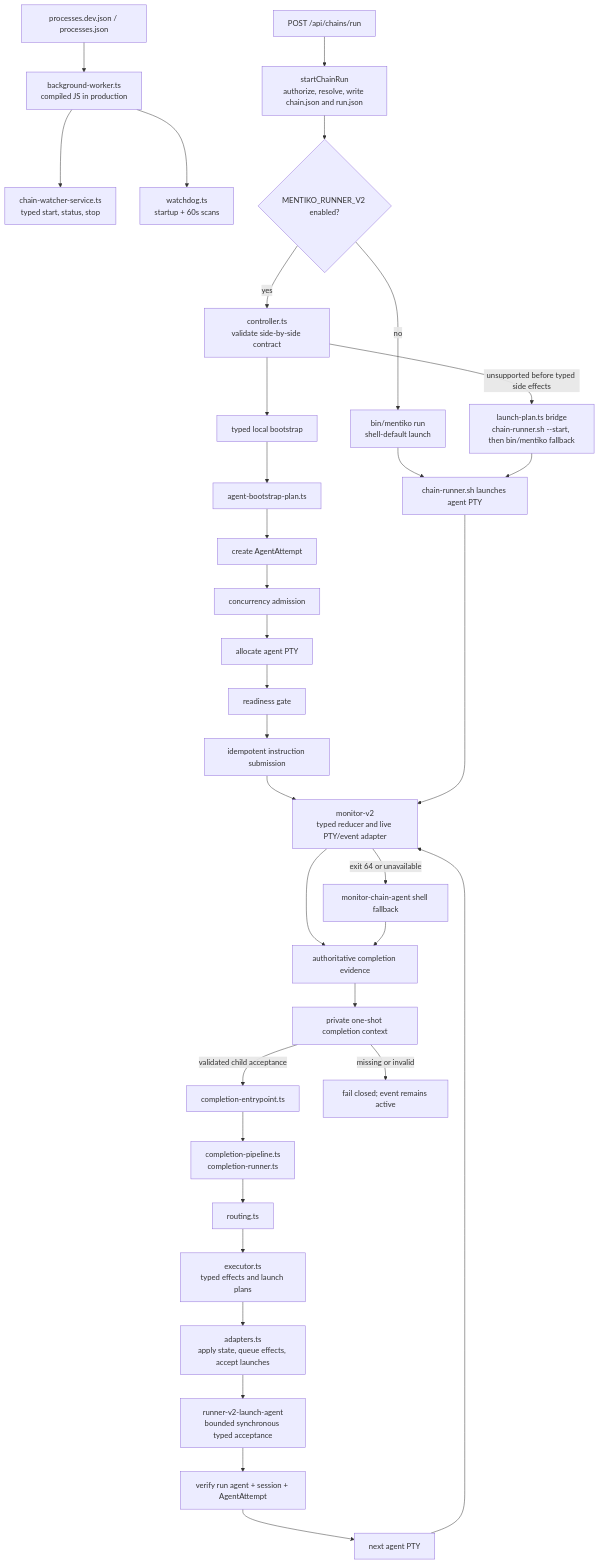
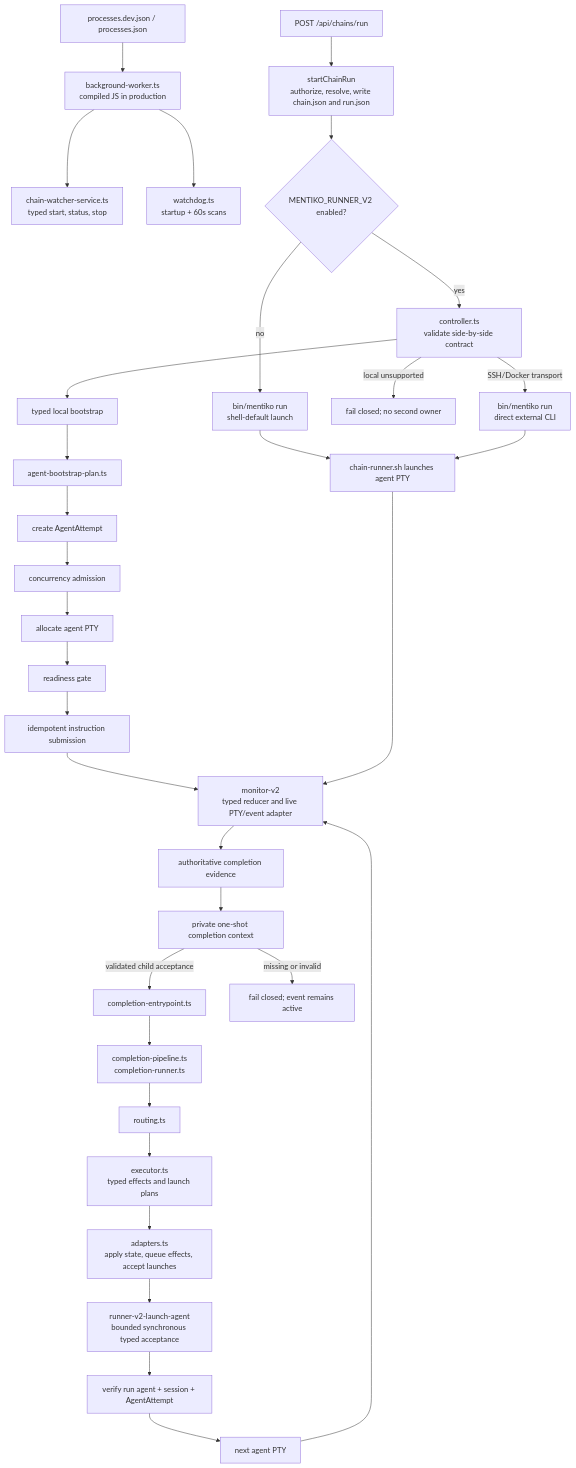
Before and after one commit to kollaborai/mentiko: the first of 2 diagrams in docs/RUNNER_V2_ARCHITECTURE.md, drawn with Mermaid. The commit also changed other lines of this file and 79 other files, not shown here.

Commit message:
runner-v2: type contract boundaries and close shell fallbacks

````diff
--- a/docs/RUNNER_V2_ARCHITECTURE.md
+++ b/docs/RUNNER_V2_ARCHITECTURE.md
@@ -46,42 +46,41 @@
 ```mermaid
 flowchart TD
     PROCESSES["processes.dev.json / processes.json"] --> WORKER["background-worker.ts<br/>compiled JS in production"]
     WORKER --> WATCHER["chain-watcher-service.ts<br/>typed start, status, stop"]
     WORKER --> WATCHDOG["watchdog.ts<br/>startup + 60s scans"]
 
     HTTP["POST /api/chains/run"] --> SERVICE["startChainRun<br/>authorize, resolve, write chain.json and run.json"]
     SERVICE --> GATE{"MENTIKO_RUNNER_V2 enabled?"}
 
     GATE -->|no| SHELL0["bin/mentiko run<br/>shell-default launch"]
     GATE -->|yes| CONTROLLER["controller.ts<br/>validate side-by-side contract"]
     CONTROLLER --> BOOTSTRAP["typed local bootstrap"]
     BOOTSTRAP --> PLAN["agent-bootstrap-plan.ts"]
     PLAN --> ATTEMPT["create AgentAttempt"]
     ATTEMPT --> ADMISSION["concurrency admission"]
     ADMISSION --> PTY["allocate agent PTY"]
     PTY --> READY["readiness gate"]
     READY --> SUBMIT["idempotent instruction submission"]
 
-    CONTROLLER -->|unsupported before typed side effects| BRIDGE0["launch-plan.ts bridge<br/>chain-runner.sh --start, then bin/mentiko fallback"]
+    CONTROLLER -->|local unsupported| CLOSE0["fail closed; no second owner"]
+    CONTROLLER -->|SSH/Docker transport| EXTERNAL0["bin/mentiko run<br/>direct external CLI"]
     SHELL0 --> SHELLAGENT["chain-runner.sh launches agent PTY"]
-    BRIDGE0 --> SHELLAGENT
+    EXTERNAL0 --> SHELLAGENT
 
     SUBMIT --> MONITOR["monitor-v2<br/>typed reducer and live PTY/event adapter"]
     SHELLAGENT --> MONITOR
-    MONITOR -->|exit 64 or unavailable| SHELLMONITOR["monitor-chain-agent shell fallback"]
 
     MONITOR --> EVIDENCE["authoritative completion evidence"]
-    SHELLMONITOR --> EVIDENCE
     EVIDENCE --> CONTEXT["private one-shot completion context"]
     CONTEXT -->|validated child acceptance| ENTRY["completion-entrypoint.ts"]
     CONTEXT -->|missing or invalid| CLOSE["fail closed; event remains active"]
 
     ENTRY --> REDUCE["completion-pipeline.ts<br/>completion-runner.ts"]
     REDUCE --> ROUTE["routing.ts"]
     ROUTE --> EXECUTOR["executor.ts<br/>typed effects and launch plans"]
     EXECUTOR --> ADAPTERS["adapters.ts<br/>apply state, queue effects, accept launches"]
     ADAPTERS --> ACCEPT["runner-v2-launch-agent<br/>bounded synchronous typed acceptance"]
     ACCEPT --> PROOF["verify run agent + session + AgentAttempt"]
     PROOF --> NEXT["next agent PTY"]
     NEXT --> MONITOR
 ```
````
